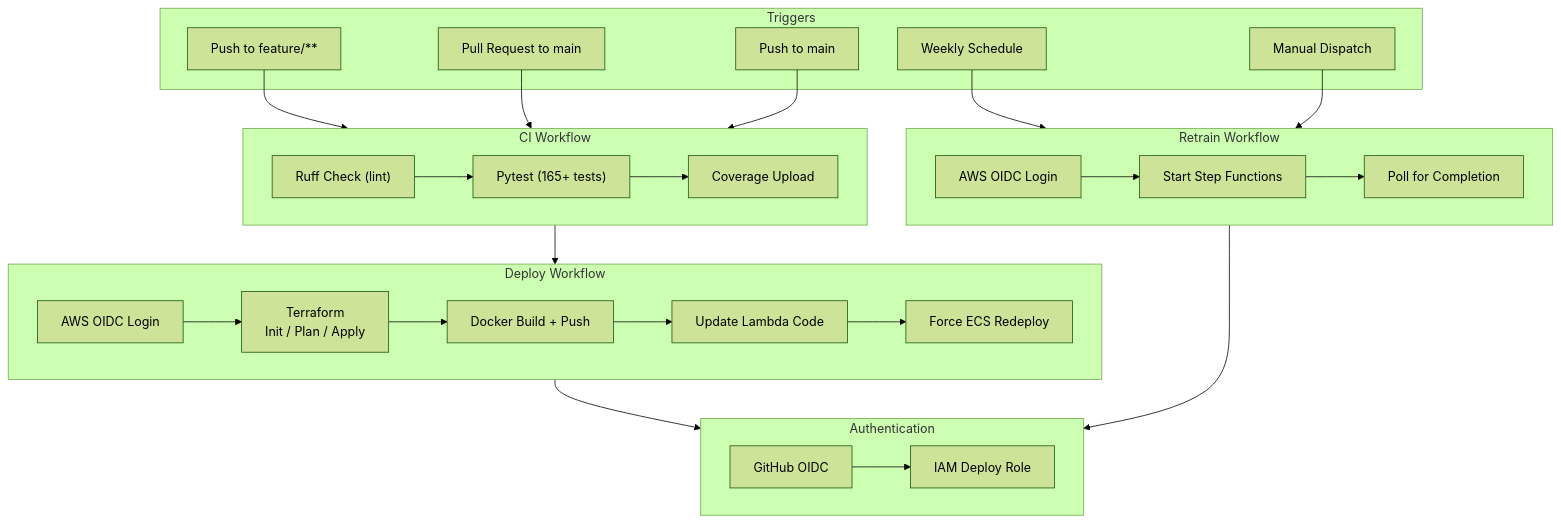
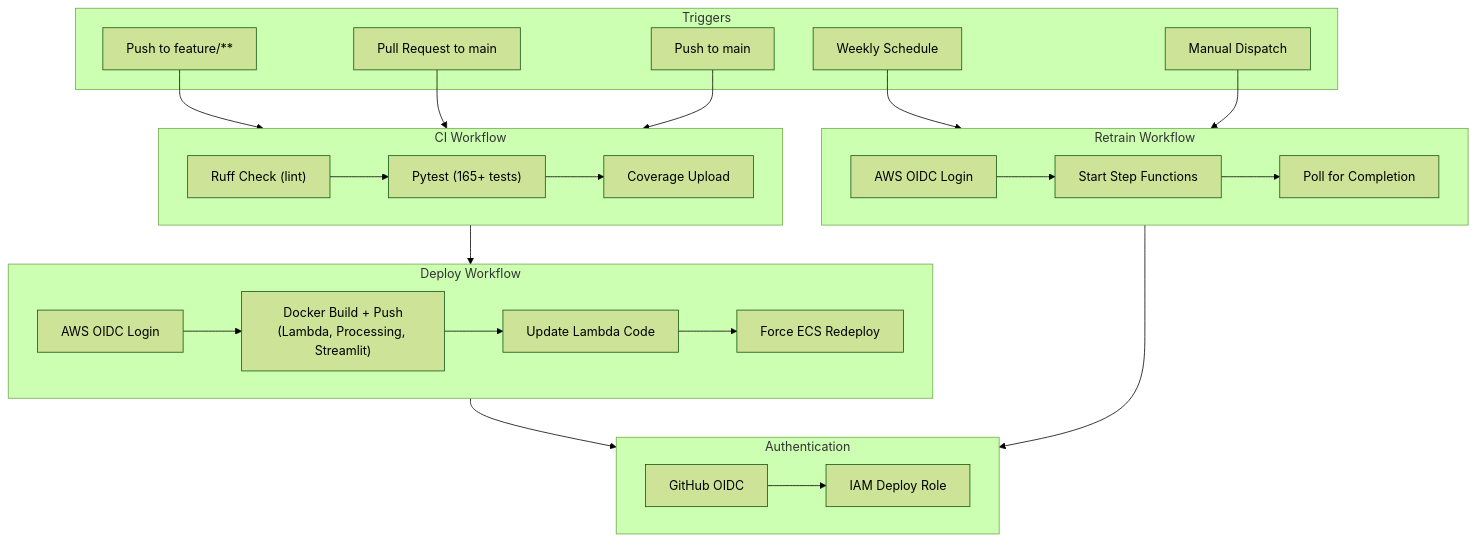
The seventh of 8 diagrams in README.md (rawad-yared/bcgx-spanishgas-g1), drawn with Mermaid (forest theme) before and after one commit. The commit also changed other lines of this file, not shown here.

Commit message:
Updated README for deployment changes

````diff
--- a/README.md
+++ b/README.md
@@ -394,45 +394,44 @@
 ```mermaid
 graph TD
     subgraph Triggers
         PUSH_F["Push to feature/**"]
         PR["Pull Request to main"]
         PUSH_M["Push to main"]
         SCHED["Weekly Schedule"]
         MANUAL["Manual Dispatch"]
     end
 
     subgraph CI["CI Workflow"]
         LINT["Ruff Check (lint)"]
         TEST["Pytest (165+ tests)"]
         COV["Coverage Upload"]
         LINT --> TEST --> COV
     end
 
     subgraph Deploy["Deploy Workflow"]
         OIDC["AWS OIDC Login"]
-        TF_PLAN["Terraform<br>Init / Plan / Apply"]
-        DOCKER["Docker Build + Push"]
+        DOCKER["Docker Build + Push<br>(Lambda, Processing, Streamlit)"]
         UPDATE_LAMBDA["Update Lambda Code"]
         ECS_DEPLOY["Force ECS Redeploy"]
-        OIDC --> TF_PLAN --> DOCKER --> UPDATE_LAMBDA --> ECS_DEPLOY
+        OIDC --> DOCKER --> UPDATE_LAMBDA --> ECS_DEPLOY
     end
 
     subgraph Retrain["Retrain Workflow"]
         OIDC2["AWS OIDC Login"]
         SFN_START["Start Step Functions"]
         POLL["Poll for Completion"]
         OIDC2 --> SFN_START --> POLL
     end
 
     PUSH_F & PR --> CI
     PUSH_M --> CI --> Deploy
     SCHED & MANUAL --> Retrain
 
     subgraph Auth["Authentication"]
         GH_OIDC["GitHub OIDC"]
         IAM_ROLE["IAM Deploy Role"]
         GH_OIDC --> IAM_ROLE
     end
 
     Deploy & Retrain --> Auth
 ```
````
